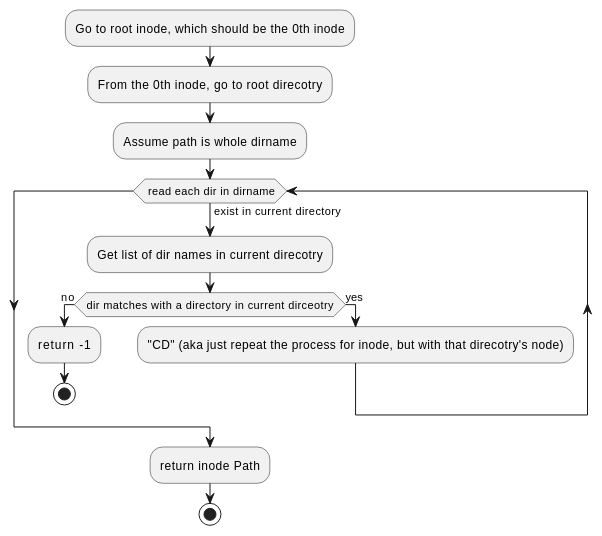
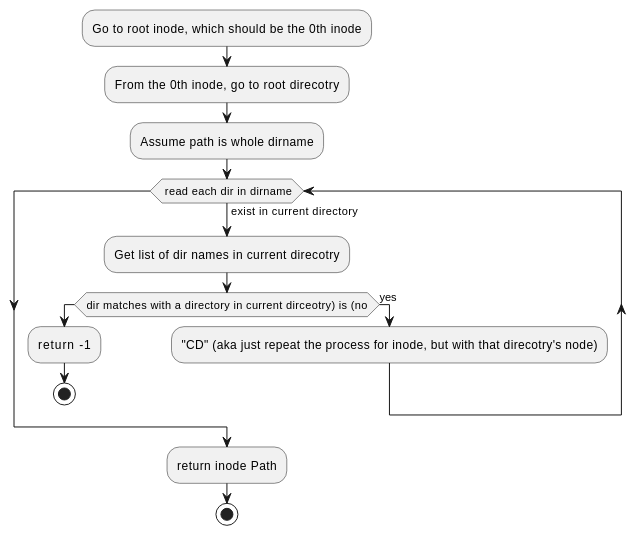
Before and after one commit to HawaiinPizza/CIS-450-final-project: the fourth of 20 diagrams in Plan.org, drawn with PlantUML. The commit also changed other lines of this file and 7 other files, not shown here.

```diff
--- a/Plan.org
+++ b/Plan.org
@@ -373,20 +380,20 @@
       #+BEGIN_SRC plantuml  :file Plant/getDirPath.png
       @startuml
       :Go to root inode, which should be the 0th inode;
       :From the 0th inode, go to root direcotry;
       :Assume path is whole dirname;
 	while( read each dir in dirname) is (exist in current directory)
 		:Get list of dir names in current direcotry;
-		if(dir matches with a directory in current dirceotry) then (no)
+		if(dir matches with a directory in current dirceotry) is (no)
 			:return  -1;
 			stop
 		else (yes)
 			:"CD" (aka just repeat the process for inode, but with that direcotry's node);
 		endif
 	endwhile
 	:return inode Path;
 	stop
       
      
 	@enduml
       #+END_SRC
```
